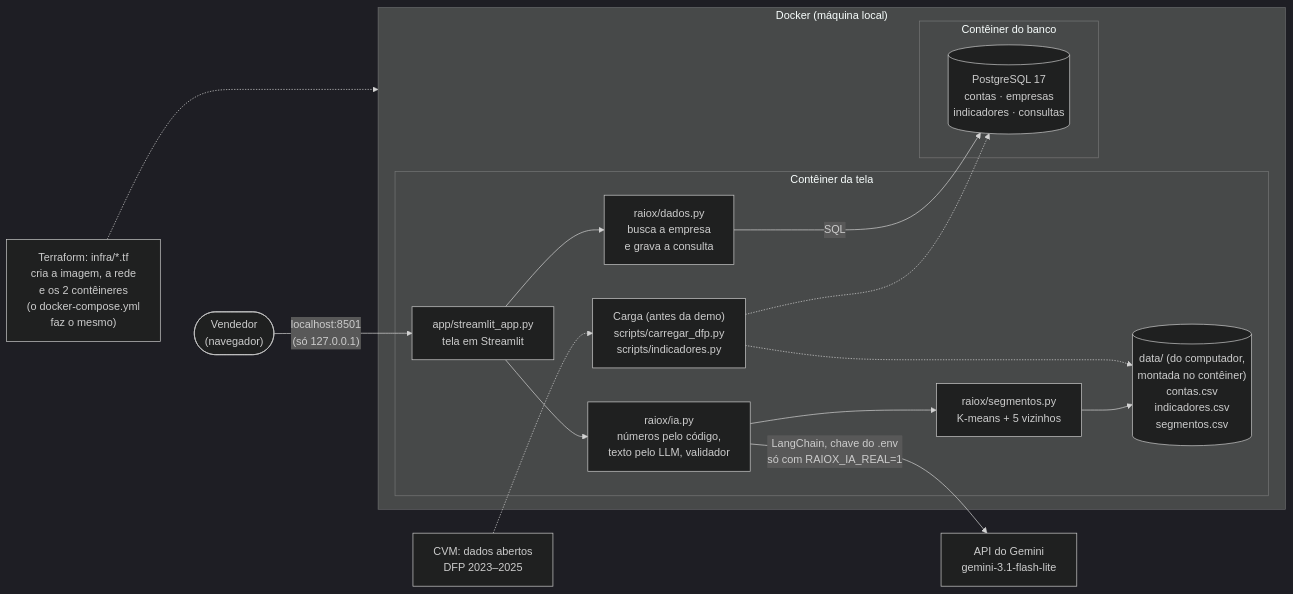
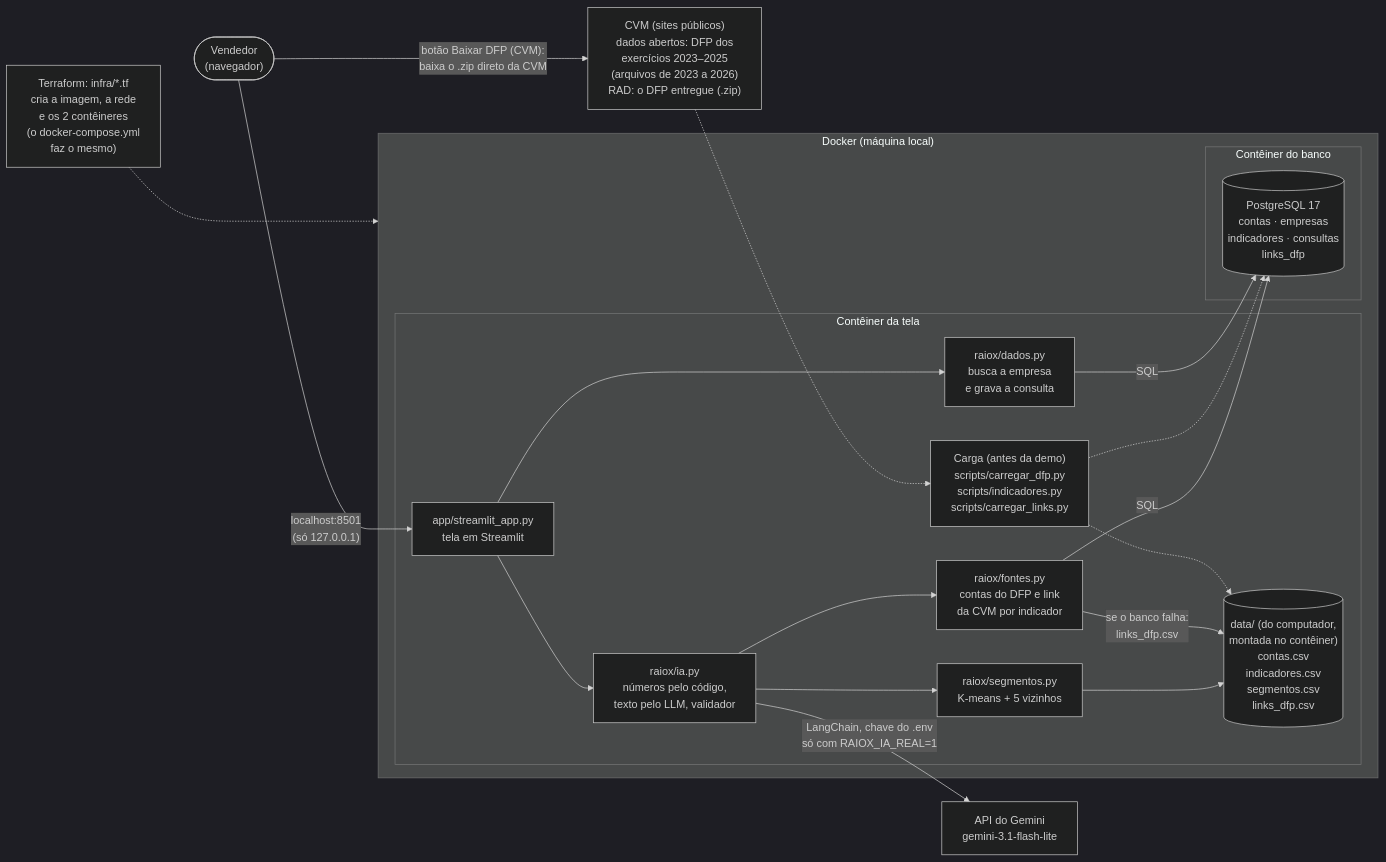
One commit to MiguelGrispan/trabalho-tcs changed the diagram in README.md. Above: the diagram before and after it, drawn with Mermaid (dark theme). The commit also changed other lines of this file and 1 other file, not shown here.

First line of the commit message:
MG9: diagrama de arquitetura mostra as fontes dos números

````diff
--- a/README.md
+++ b/README.md
@@ -37,36 +37,41 @@
 ```mermaid
 %% Mudou o diagrama? Gere de novo o docs/arquitetura.png: cole este bloco em mermaid.live e exporte em PNG.
 flowchart LR
     vendedor(["Vendedor<br/>(navegador)"])
-    cvm["CVM: dados abertos<br/>DFP 2023–2025"]
     iac["Terraform: infra/*.tf<br/>cria a imagem, a rede<br/>e os 2 contêineres<br/>(o docker-compose.yml<br/>faz o mesmo)"]
 
     subgraph pc["Docker (máquina local)"]
         subgraph tela["Contêiner da tela"]
             app["app/streamlit_app.py<br/>tela em Streamlit"]
             dados["raiox/dados.py<br/>busca a empresa<br/>e grava a consulta"]
             ia["raiox/ia.py<br/>números pelo código,<br/>texto pelo LLM, validador"]
+            fontes["raiox/fontes.py<br/>contas do DFP e link<br/>da CVM por indicador"]
             seg["raiox/segmentos.py<br/>K-means + 5 vizinhos"]
-            pasta[("data/ (do computador,<br/>montada no contêiner)<br/>contas.csv<br/>indicadores.csv<br/>segmentos.csv")]
-            carga["Carga (antes da demo)<br/>scripts/carregar_dfp.py<br/>scripts/indicadores.py"]
+            pasta[("data/ (do computador,<br/>montada no contêiner)<br/>contas.csv<br/>indicadores.csv<br/>segmentos.csv<br/>links_dfp.csv")]
+            carga["Carga (antes da demo)<br/>scripts/carregar_dfp.py<br/>scripts/indicadores.py<br/>scripts/carregar_links.py"]
         end
         subgraph banco["Contêiner do banco"]
-            pg[("PostgreSQL 17<br/>contas · empresas<br/>indicadores · consultas")]
+            pg[("PostgreSQL 17<br/>contas · empresas<br/>indicadores · consultas<br/>links_dfp")]
         end
     end
 
     gemini["API do Gemini<br/>gemini-3.1-flash-lite"]
+    cvm["CVM (sites públicos)<br/>dados abertos: DFP dos<br/>exercícios 2023–2025<br/>(arquivos de 2023 a 2026)<br/>RAD: o DFP entregue (.zip)"]
 
     vendedor -- "localhost:8501<br/>(só 127.0.0.1)" --> app
+    vendedor -- "botão Baixar DFP (CVM):<br/>baixa o .zip direto da CVM" --> cvm
     app --> dados
     dados -- "SQL" --> pg
     cvm -.-> carga
     carga -.-> pg
     carga -.-> pasta
     app --> ia
+    ia --> fontes
+    fontes -- "SQL" --> pg
+    fontes -- "se o banco falha:<br/>links_dfp.csv" --> pasta
     ia --> seg
     seg --> pasta
     ia -- "LangChain, chave do .env<br/>só com RAIOX_IA_REAL=1" --> gemini
     iac ~~~ vendedor
     iac -..-> pc
 ```
````
